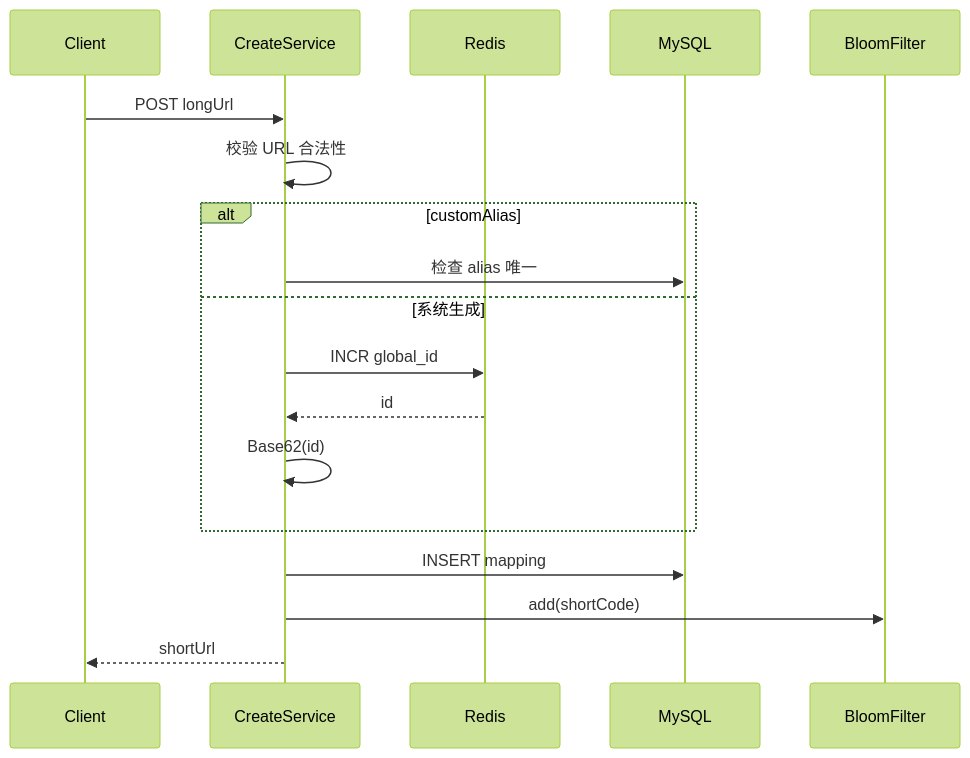
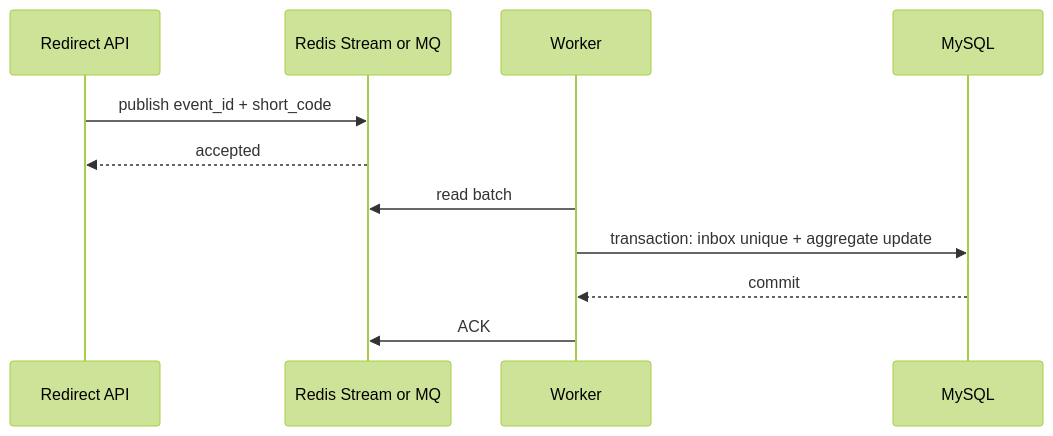
Before and after one commit to moqix26/study: the third of 3 diagrams in 后端学习/系统设计/08-短链服务设计.md, drawn with Mermaid (forest theme). The commit also changed other lines of this file and 202 other files, not shown here.

````diff
--- a/后端学习/系统设计/08-短链服务设计.md
+++ b/后端学习/系统设计/08-短链服务设计.md
@@ -733,21 +419,14 @@
-```mermaid
+~~~mermaid
 sequenceDiagram
-    participant C as Client
-    participant CS as CreateService
-    participant R as Redis
-    participant DB as MySQL
-    participant BF as BloomFilter
+    participant A as Redirect API
+    participant Q as Redis Stream or MQ
+    participant W as Worker
+    participant M as MySQL
 
-    C->>CS: POST longUrl
-    CS->>CS: 校验 URL 合法性
-    alt customAlias
-        CS->>DB: 检查 alias 唯一
-    else 系统生成
-        CS->>R: INCR global_id
-        R-->>CS: id
-        CS->>CS: Base62(id)
-    end
-    CS->>DB: INSERT mapping
-    CS->>BF: add(shortCode)
-    CS-->>C: shortUrl
-```
+    A->>Q: publish event_id + short_code
+    Q-->>A: accepted
+    W->>Q: read batch
+    W->>M: transaction: inbox unique + aggregate update
+    M-->>W: commit
+    W->>Q: ACK
+~~~
````
